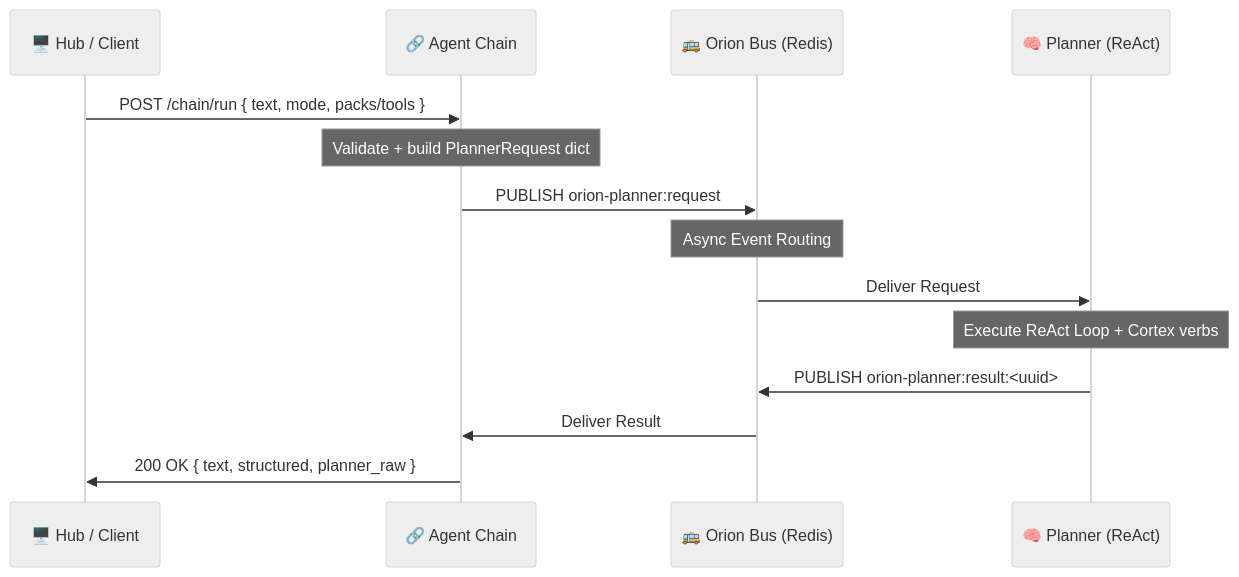
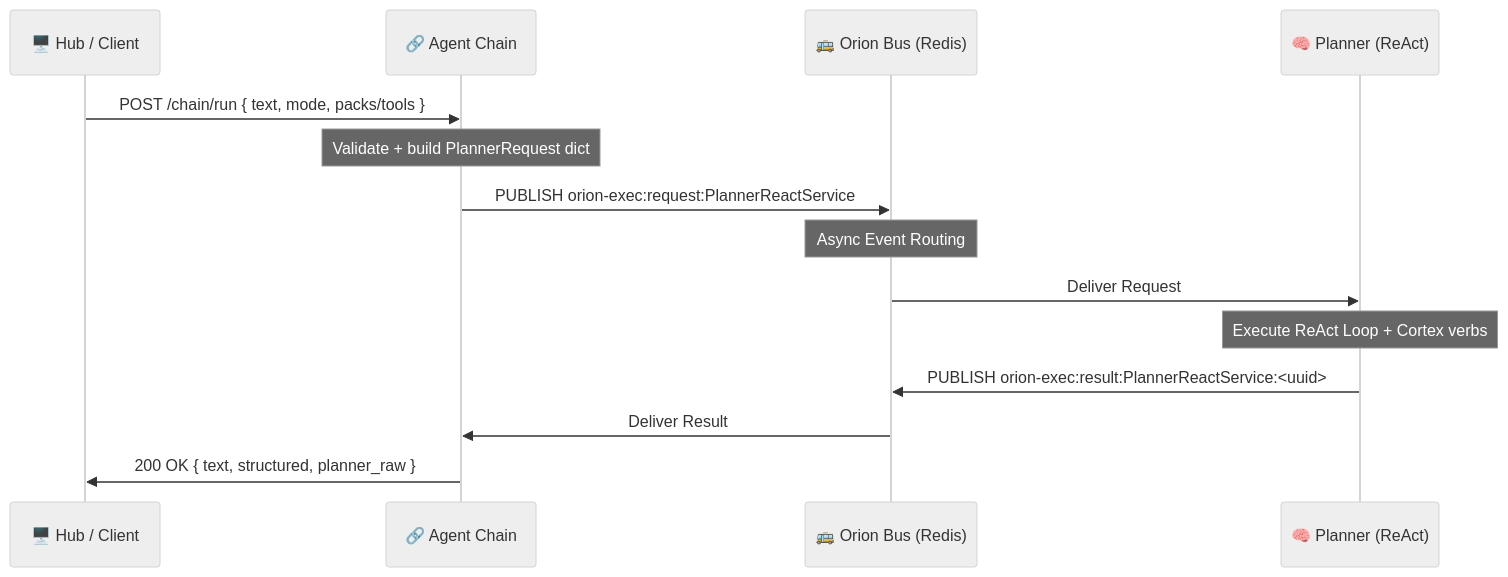
The diagram in services/orion-agent-chain/README.md (junebug-junie/Orion-Sapienform), drawn with Mermaid (neutral theme) before and after one commit. The commit also changed other lines of this file and 18 other files, not shown here.

````diff
--- a/services/orion-agent-chain/README.md
+++ b/services/orion-agent-chain/README.md
@@ -22,21 +22,21 @@
 ```mermaid
 sequenceDiagram
     participant Client as 🖥️ Hub / Client
     participant Chain as 🔗 Agent Chain
     participant Bus as 🚌 Orion Bus (Redis)
     participant Planner as 🧠 Planner (ReAct)
 
     Client->>Chain: POST /chain/run { text, mode, packs/tools }
     Note over Chain: Validate + build PlannerRequest dict
 
-    Chain->>Bus: PUBLISH orion-planner:request
+    Chain->>Bus: PUBLISH orion-exec:request:PlannerReactService
     Note over Bus: Async Event Routing
 
     Bus->>Planner: Deliver Request
     Note over Planner: Execute ReAct Loop + Cortex verbs
 
-    Planner->>Bus: PUBLISH orion-planner:result:<uuid>
+    Planner->>Bus: PUBLISH orion-exec:result:PlannerReactService:<uuid>
     Bus->>Chain: Deliver Result
 
     Chain->>Client: 200 OK { text, structured, planner_raw }
 ```
````
